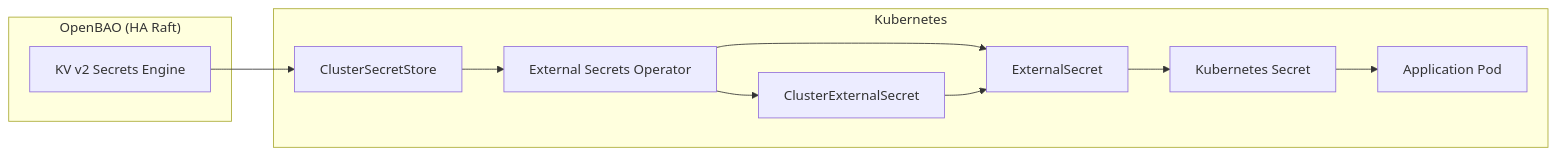
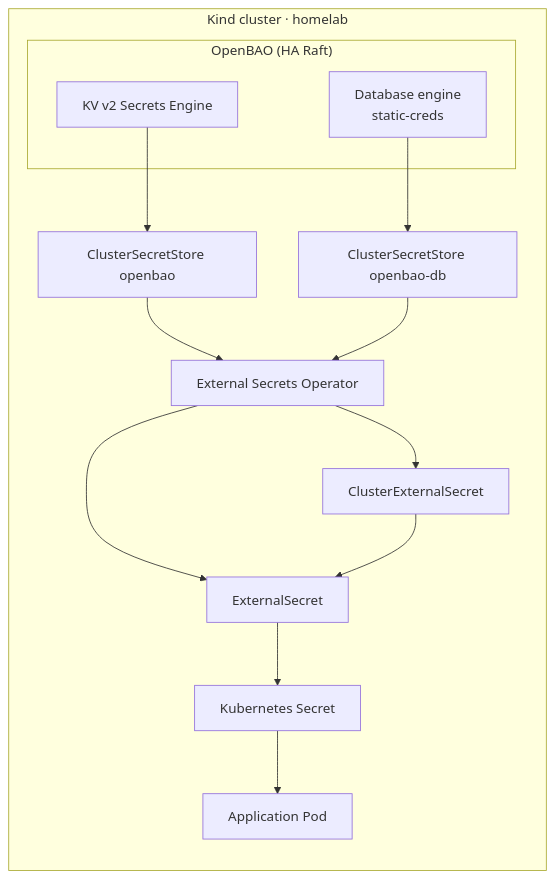
One commit to duynhlab/homelab changed the second of 3 diagrams in docs/secrets/README.md. Above: the diagram before and after it, drawn with Mermaid. The commit also changed other lines of this file and 92 other files, not shown here.

First line of the commit message:
Finalise ADR-089 and refresh database diagrams (#1337)

````diff
--- a/docs/secrets/README.md
+++ b/docs/secrets/README.md
@@ -114,23 +119,26 @@
 ```mermaid
 flowchart LR
-    subgraph OpenBAOBox["OpenBAO (HA Raft)"]
-        KV["KV v2 Secrets Engine"]
-    end
-
-    subgraph K8s["Kubernetes"]
+    subgraph K8s["Kind cluster · homelab"]
+        subgraph OpenBAOBox["OpenBAO (HA Raft)"]
+            KV["KV v2 Secrets Engine"]
+            DBE["Database engine<br/>static-creds"]
+        end
         ESO["External Secrets Operator"]
-        CSS["ClusterSecretStore"]
+        CSS["ClusterSecretStore openbao"]
+        CSSDB["ClusterSecretStore openbao-db"]
         CES["ClusterExternalSecret"]
         ES["ExternalSecret"]
         Secret["Kubernetes Secret"]
         App["Application Pod"]
     end
 
     KV --> CSS
+    DBE --> CSSDB
     CSS --> ESO
+    CSSDB --> ESO
     ESO --> CES
     ESO --> ES
     CES --> ES
     ES --> Secret
     Secret --> App
 ```
````
